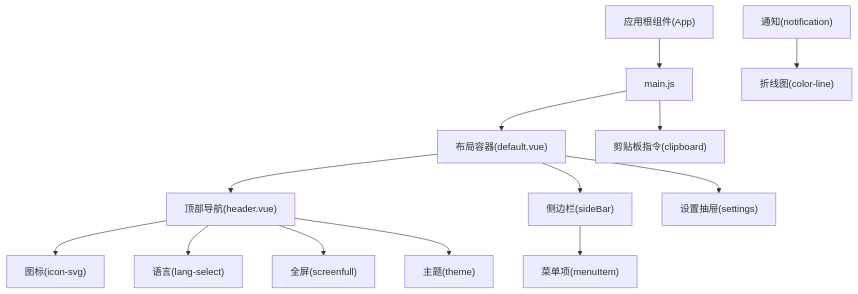
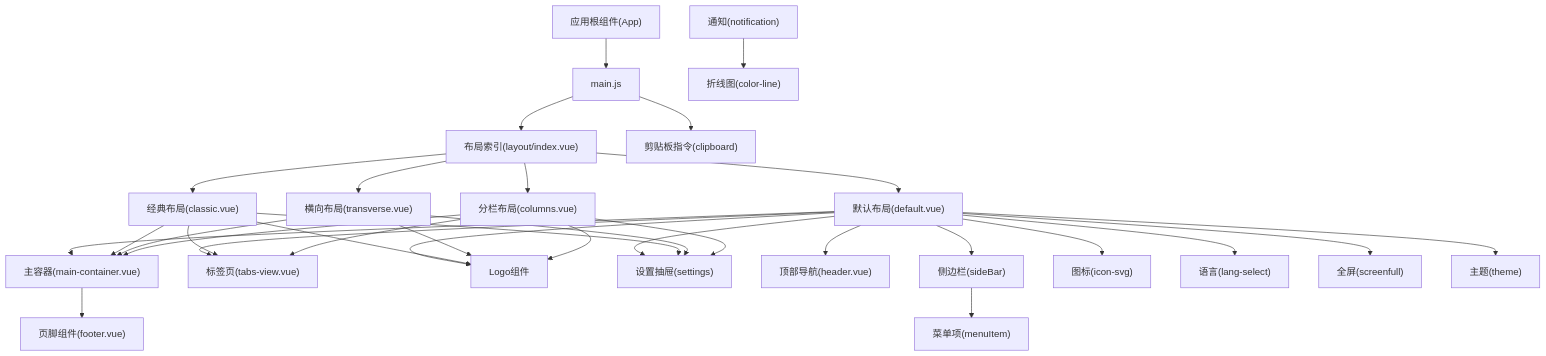
One commit to Neveryu/vue-cms changed the second of 7 diagrams in .qoder/repowiki/zh/content/组件系统/组件系统.md. Above: the diagram before and after it, drawn with Mermaid. The commit also changed other lines of this file and 12 other files, not shown here.

````diff
--- a/.qoder/repowiki/zh/content/组件系统/组件系统.md
+++ b/.qoder/repowiki/zh/content/组件系统/组件系统.md
@@ -158,29 +180,56 @@
 ```mermaid
 graph TB
 APP["应用根组件(App)"]
 MAIN["main.js"]
-LAYOUT["布局容器(default.vue)"]
+LAYOUT_INDEX["布局索引(layout/index.vue)"]
+DEFAULT_LAYOUT["默认布局(default.vue)"]
+CLASSIC_LAYOUT["经典布局(classic.vue)"]
+TRANSVERSE_LAYOUT["横向布局(transverse.vue)"]
+COLUMNS_LAYOUT["分栏布局(columns.vue)"]
+MAIN_CONTAINER["主容器(main-container.vue)"]
+FOOTER["页脚组件(footer.vue)"]
+TABSVIEW["标签页(tabs-view.vue)"]
+LOGO["Logo组件"]
+SETTINGS["设置抽屉(settings)"]
 HEADER["顶部导航(header.vue)"]
 SIDEBAR["侧边栏(sideBar)"]
 MENU["菜单项(menuItem)"]
-SETTING["设置抽屉(settings)"]
 ICON["图标(icon-svg)"]
 LANG["语言(lang-select)"]
 SCREEN["全屏(screenfull)"]
 THEME["主题(theme)"]
 NOTI["通知(notification)"]
 COLORLINE["折线图(color-line)"]
 CLIPBOARD["剪贴板指令(clipboard)"]
 APP --> MAIN
-MAIN --> LAYOUT
-LAYOUT --> HEADER
-LAYOUT --> SIDEBAR
+MAIN --> LAYOUT_INDEX
+LAYOUT_INDEX --> DEFAULT_LAYOUT
+LAYOUT_INDEX --> CLASSIC_LAYOUT
+LAYOUT_INDEX --> TRANSVERSE_LAYOUT
+LAYOUT_INDEX --> COLUMNS_LAYOUT
+DEFAULT_LAYOUT --> MAIN_CONTAINER
+CLASSIC_LAYOUT --> MAIN_CONTAINER
+TRANSVERSE_LAYOUT --> MAIN_CONTAINER
+COLUMNS_LAYOUT --> MAIN_CONTAINER
+MAIN_CONTAINER --> FOOTER
+DEFAULT_LAYOUT --> TABSVIEW
+CLASSIC_LAYOUT --> TABSVIEW
+COLUMNS_LAYOUT --> TABSVIEW
+DEFAULT_LAYOUT --> LOGO
+CLASSIC_LAYOUT --> LOGO
+TRANSVERSE_LAYOUT --> LOGO
+COLUMNS_LAYOUT --> LOGO
+DEFAULT_LAYOUT --> SETTINGS
+CLASSIC_LAYOUT --> SETTINGS
+TRANSVERSE_LAYOUT --> SETTINGS
+COLUMNS_LAYOUT --> SETTINGS
+DEFAULT_LAYOUT --> HEADER
+DEFAULT_LAYOUT --> SIDEBAR
 SIDEBAR --> MENU
-LAYOUT --> SETTING
-HEADER --> ICON
-HEADER --> LANG
-HEADER --> SCREEN
-HEADER --> THEME
+DEFAULT_LAYOUT --> ICON
+DEFAULT_LAYOUT --> LANG
+DEFAULT_LAYOUT --> SCREEN
+DEFAULT_LAYOUT --> THEME
 NOTI --> COLORLINE
 MAIN --> CLIPBOARD
 ```
````
